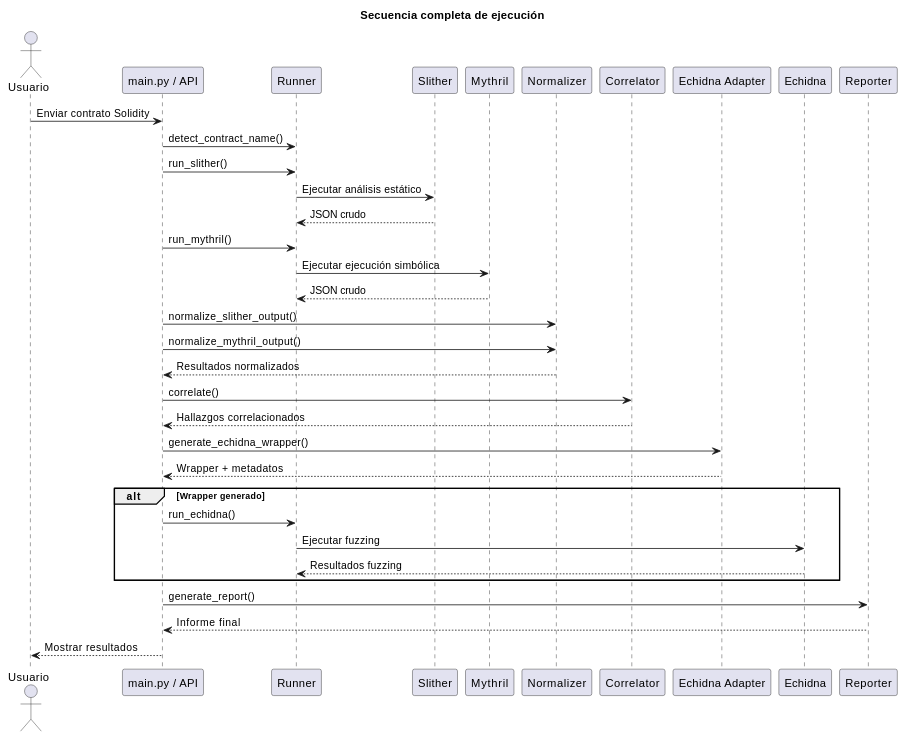
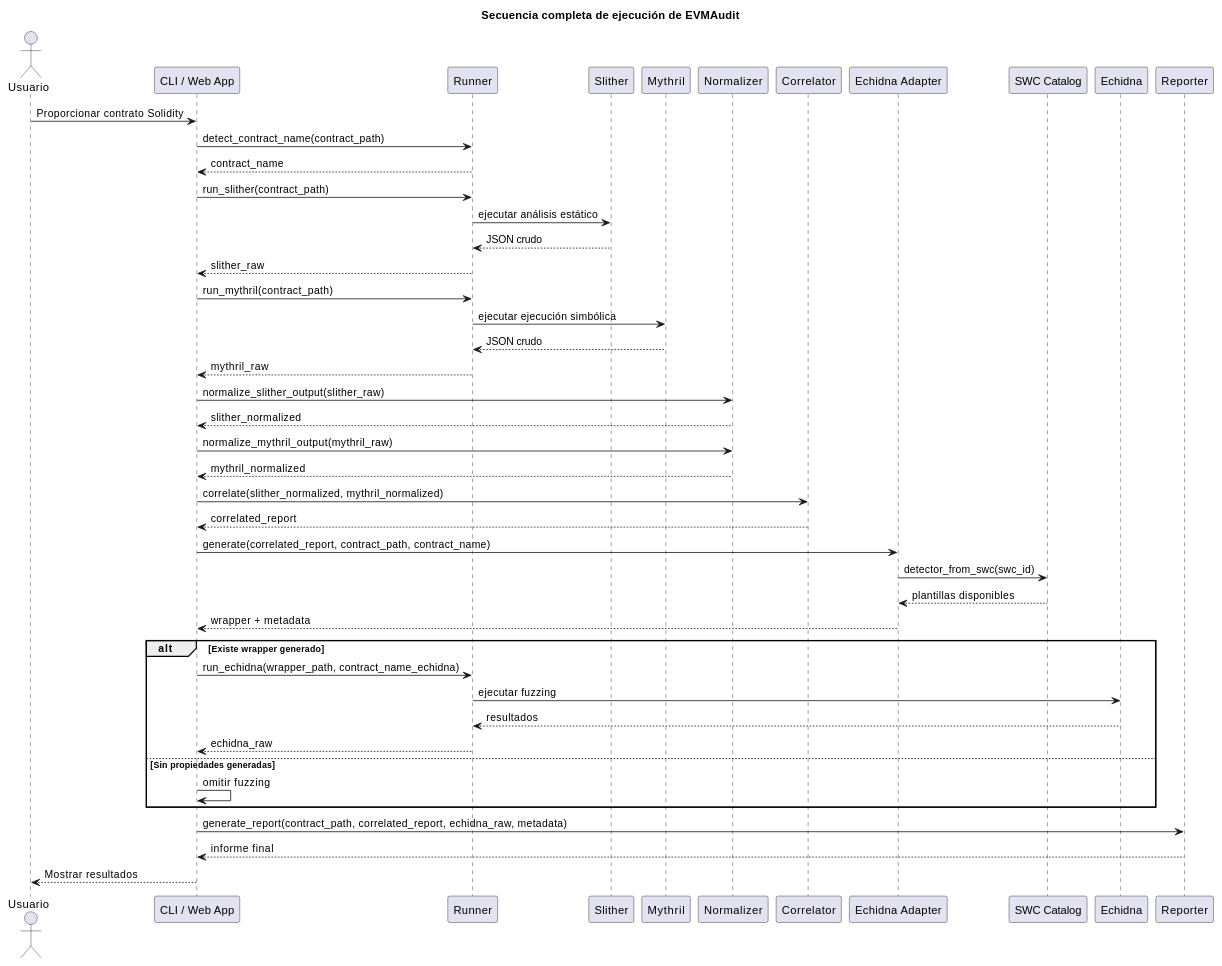
One commit to pardalaco/TFM-UNIR changed the sixth of 11 diagrams in docs-TFM-UNIR/Entrega/Diagramas/Diagramas.md. Above: the diagram before and after it, drawn with PlantUML. The commit also changed other lines of this file, not shown here.

Commit message:
Diagramas mejorados

````diff
--- a/docs-TFM-UNIR/Entrega/Diagramas/Diagramas.md
+++ b/docs-TFM-UNIR/Entrega/Diagramas/Diagramas.md
@@ -191,47 +308,63 @@
 ```plantuml
 @startuml
-title Secuencia completa de ejecución
+title Secuencia completa de ejecución de EVMAudit
+
+skinparam shadowing false
 
 actor Usuario
-participant "main.py / API" as Main
+participant "CLI / Web App" as Client
 participant "Runner" as Runner
 participant "Slither" as Slither
 participant "Mythril" as Mythril
 participant "Normalizer" as Normalizer
 participant "Correlator" as Correlator
 participant "Echidna Adapter" as Adapter
+participant "SWC Catalog" as Catalog
 participant "Echidna" as Echidna
 participant "Reporter" as Reporter
 
-Usuario -> Main : Enviar contrato Solidity
-Main -> Runner : detect_contract_name()
-Main -> Runner : run_slither()
-Runner -> Slither : Ejecutar análisis estático
+Usuario -> Client : Proporcionar contrato Solidity
+
+Client -> Runner : detect_contract_name(contract_path)
+Runner --> Client : contract_name
+
+Client -> Runner : run_slither(contract_path)
+Runner -> Slither : ejecutar análisis estático
 Slither --> Runner : JSON crudo
+Runner --> Client : slither_raw
 
-Main -> Runner : run_mythril()
-Runner -> Mythril : Ejecutar ejecución simbólica
+Client -> Runner : run_mythril(contract_path)
+Runner -> Mythril : ejecutar ejecución simbólica
 Mythril --> Runner : JSON crudo
+Runner --> Client : mythril_raw
 
-Main -> Normalizer : normalize_slither_output()
-Main -> Normalizer : normalize_mythril_output()
-Normalizer --> Main : Resultados normalizados
+Client -> Normalizer : normalize_slither_output(slither_raw)
+Normalizer --> Client : slither_normalized
 
-Main -> Correlator : correlate()
-Correlator --> Main : Hallazgos correlacionados
+Client -> Normalizer : normalize_mythril_output(mythril_raw)
+Normalizer --> Client : mythril_normalized
 
-Main -> Adapter : generate_echidna_wrapper()
-Adapter --> Main : Wrapper + metadatos
+Client -> Correlator : correlate(slither_normalized, mythril_normalized)
+Correlator --> Client : correlated_report
 
-alt Wrapper generado
-  Main -> Runner : run_echidna()
-  Runner -> Echidna : Ejecutar fuzzing
-  Echidna --> Runner : Resultados fuzzing
+Client -> Adapter : generate(correlated_report, contract_path, contract_name)
+Adapter -> Catalog : detector_from_swc(swc_id)
+Catalog --> Adapter : plantillas disponibles
+Adapter --> Client : wrapper + metadata
+
+alt Existe wrapper generado
+  Client -> Runner : run_echidna(wrapper_path, contract_name_echidna)
+  Runner -> Echidna : ejecutar fuzzing
+  Echidna --> Runner : resultados
+  Runner --> Client : echidna_raw
+else Sin propiedades generadas
+  Client -> Client : omitir fuzzing
 end
 
-Main -> Reporter : generate_report()
-Reporter --> Main : Informe final
-Main --> Usuario : Mostrar resultados
+Client -> Reporter : generate_report(contract_path, correlated_report, echidna_raw, metadata)
+Reporter --> Client : informe final
+
+Client --> Usuario : Mostrar resultados
 
 @enduml
 ```
````
